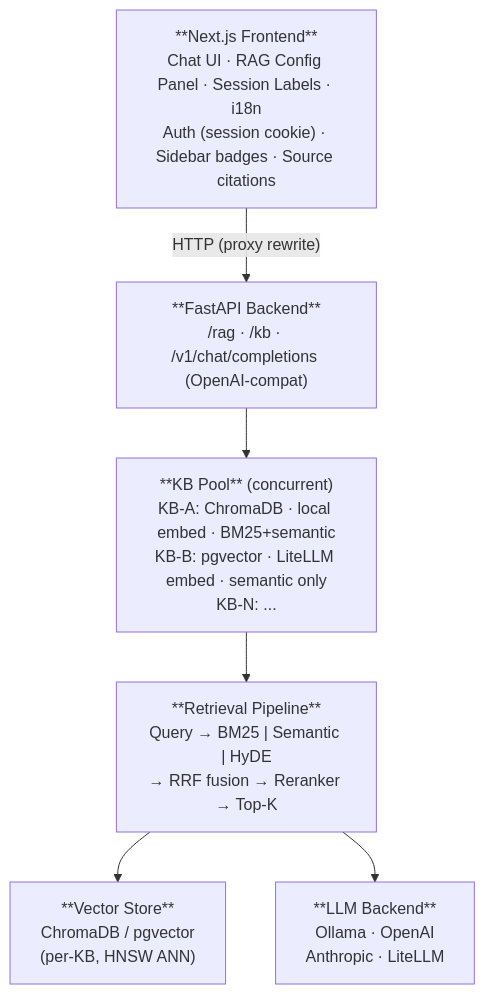
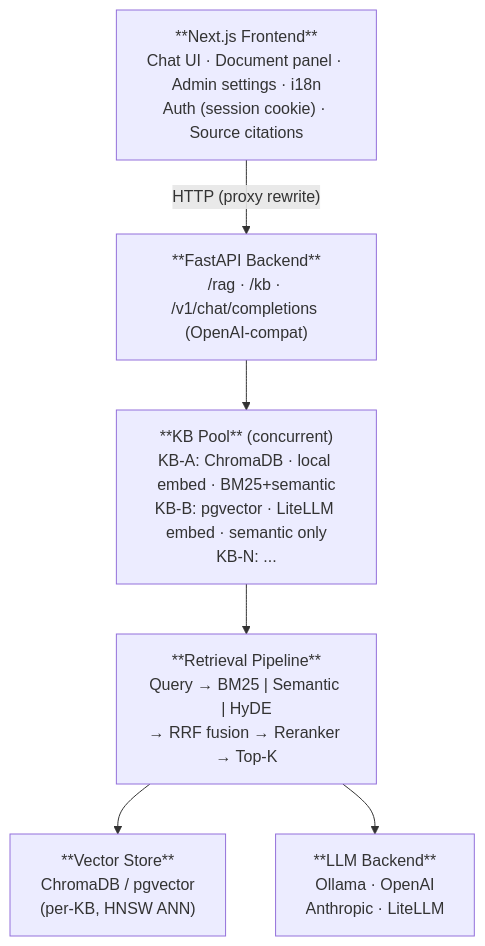
Before and after one commit to rlei-odes/lancy: the diagram in docs/ARCHITECTURE.md, drawn with Mermaid. The commit also changed other lines of this file and 27 other files, not shown here.

First line of the commit message:
feat: make the new chat the default and the RAG settings admin-only (v0.5.0)

````diff
--- a/docs/ARCHITECTURE.md
+++ b/docs/ARCHITECTURE.md
@@ -7,15 +7,15 @@
 ```mermaid
 flowchart TD
-    FE["**Next.js Frontend**\nChat UI · RAG Config Panel · Session Labels · i18n\nAuth (session cookie) · Sidebar badges · Source citations"]
+    FE["**Next.js Frontend**\nChat UI · Document panel · Admin settings · i18n\nAuth (session cookie) · Source citations"]
     BE["**FastAPI Backend**\n/rag · /kb · /v1/chat/completions (OpenAI-compat)"]
     KB["**KB Pool** (concurrent)\nKB-A: ChromaDB · local embed · BM25+semantic\nKB-B: pgvector · LiteLLM embed · semantic only\nKB-N: ..."]
     RP["**Retrieval Pipeline**\nQuery → BM25 | Semantic | HyDE\n→ RRF fusion → Reranker → Top-K"]
     VS["**Vector Store**\nChromaDB / pgvector\n(per-KB, HNSW ANN)"]
     LLM["**LLM Backend**\nOllama · OpenAI\nAnthropic · LiteLLM"]
 
     FE -->|"HTTP (proxy rewrite)"| BE
     BE --> KB
     KB --> RP
     RP --> VS
     RP --> LLM
 ```
````
